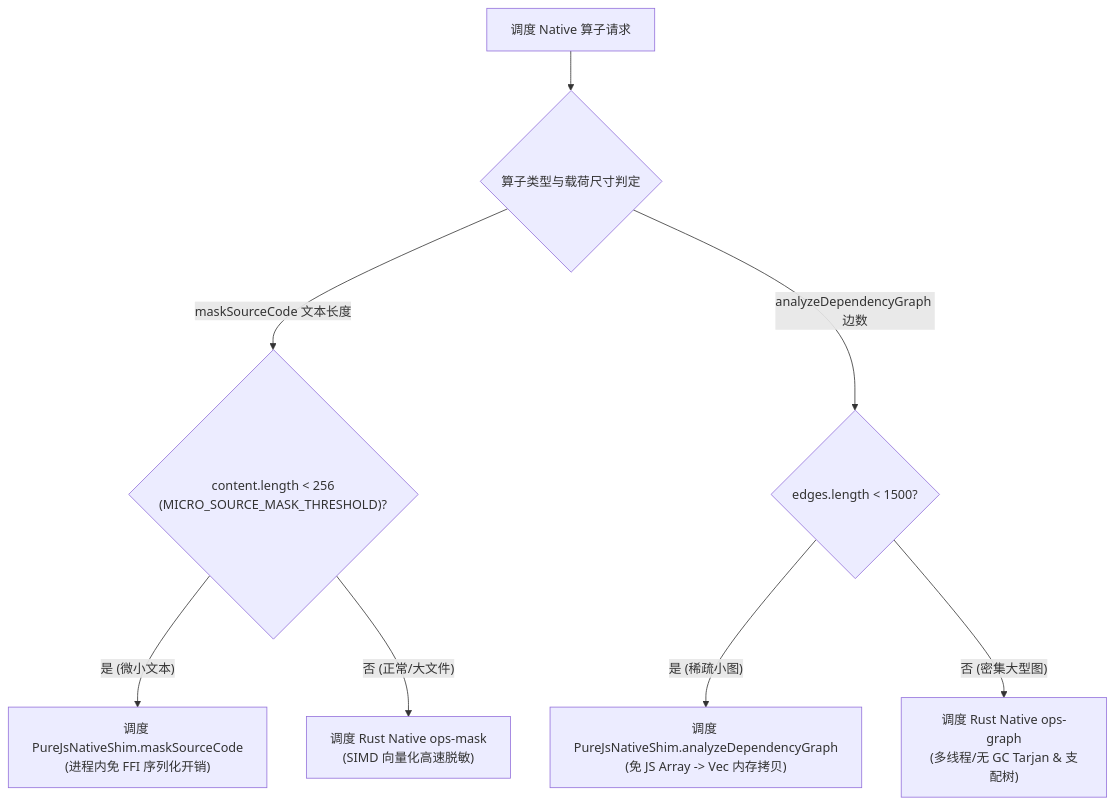
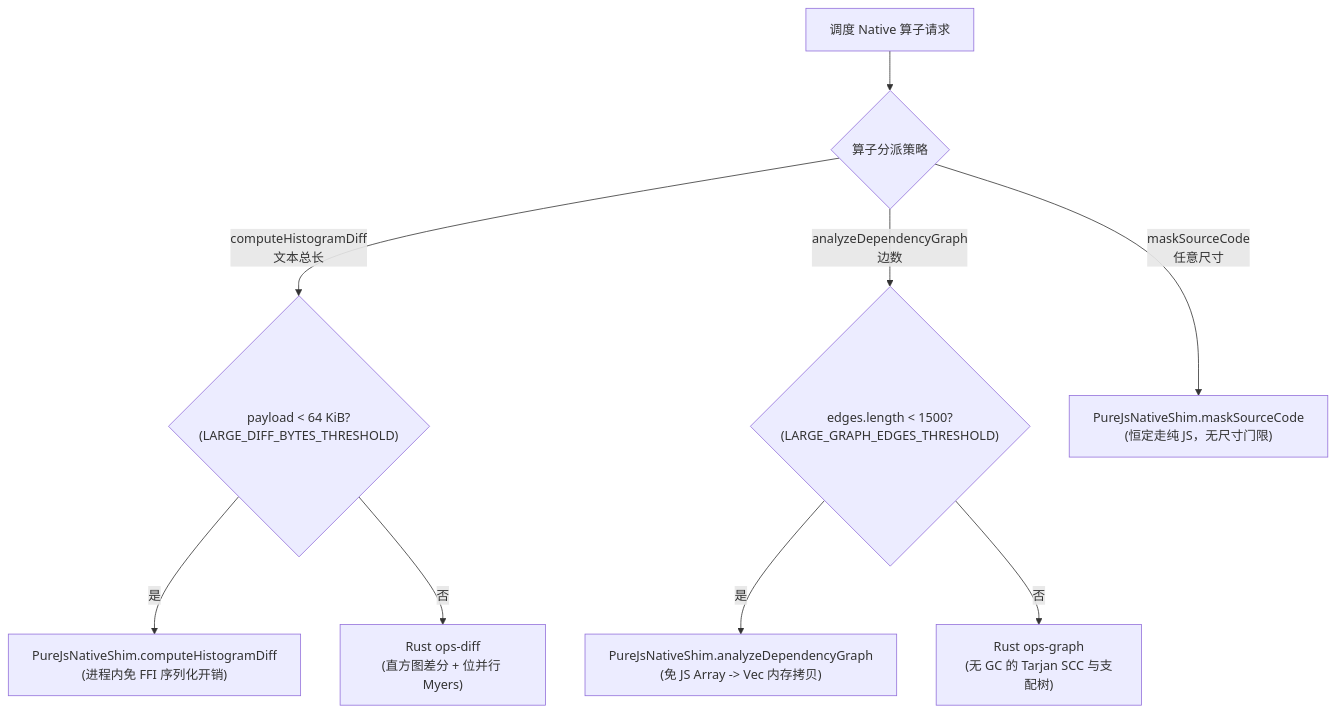
The third of 3 diagrams in auto-refactor/docs/01-architecture/05-rust-native-operator-kernel.md (guilingzhouyi-creator/vscode-extensions), drawn with Mermaid before and after one commit. The commit also changed other lines of this file and 2 other files, not shown here.

````diff
--- a/auto-refactor/docs/01-architecture/05-rust-native-operator-kernel.md
+++ b/auto-refactor/docs/01-architecture/05-rust-native-operator-kernel.md
@@ -145,12 +145,14 @@
 ```mermaid
 flowchart TD
-  REQ["调度 Native 算子请求"] --> DISPATCH{"算子类型与载荷尺寸判定"}
+  REQ["调度 Native 算子请求"] --> DISPATCH{"算子分派策略"}
 
-  DISPATCH -->|"maskSourceCode 文本长度"| MASK_GATE{"content.length < 256<br/>(MICRO_SOURCE_MASK_THRESHOLD)?"}
-  MASK_GATE -- 是 (微小文本) --> JS_MASK["调度 PureJsNativeShim.maskSourceCode<br/>(进程内免 FFI 序列化开销)"]
-  MASK_GATE -- 否 (正常/大文件) --> RUST_MASK["调度 Rust Native ops-mask<br/>(SIMD 向量化高速脱敏)"]
+  DISPATCH -->|"computeHistogramDiff<br/>文本总长"| DIFF_GATE{"payload < 64 KiB?<br/>(LARGE_DIFF_BYTES_THRESHOLD)"}
+  DIFF_GATE -- 是 --> JS_DIFF["PureJsNativeShim.computeHistogramDiff<br/>(进程内免 FFI 序列化开销)"]
+  DIFF_GATE -- 否 --> RUST_DIFF["Rust ops-diff<br/>(直方图差分 + 位并行 Myers)"]
 
-  DISPATCH -->|"analyzeDependencyGraph 边数"| GRAPH_GATE{"edges.length < 1500?"}
-  GRAPH_GATE -- 是 (稀疏小图) --> JS_GRAPH["调度 PureJsNativeShim.analyzeDependencyGraph<br/>(免 JS Array -> Vec 内存拷贝)"]
-  GRAPH_GATE -- 否 (密集大型图) --> RUST_GRAPH["调度 Rust Native ops-graph<br/>(多线程/无 GC Tarjan & 支配树)"]
+  DISPATCH -->|"analyzeDependencyGraph<br/>边数"| GRAPH_GATE{"edges.length < 1500?<br/>(LARGE_GRAPH_EDGES_THRESHOLD)"}
+  GRAPH_GATE -- 是 --> JS_GRAPH["PureJsNativeShim.analyzeDependencyGraph<br/>(免 JS Array -> Vec 内存拷贝)"]
+  GRAPH_GATE -- 否 --> RUST_GRAPH["Rust ops-graph<br/>(无 GC 的 Tarjan SCC 与支配树)"]
+
+  DISPATCH -->|"maskSourceCode<br/>任意尺寸"| JS_MASK["PureJsNativeShim.maskSourceCode<br/>(恒定走纯 JS，无尺寸门限)"]
 ```
````
